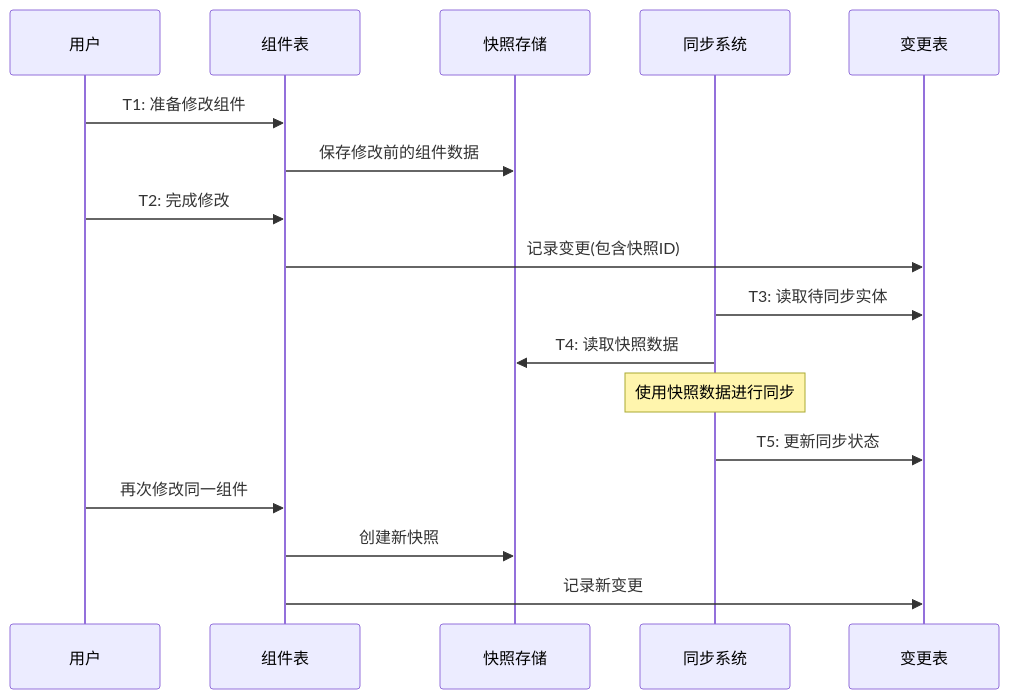
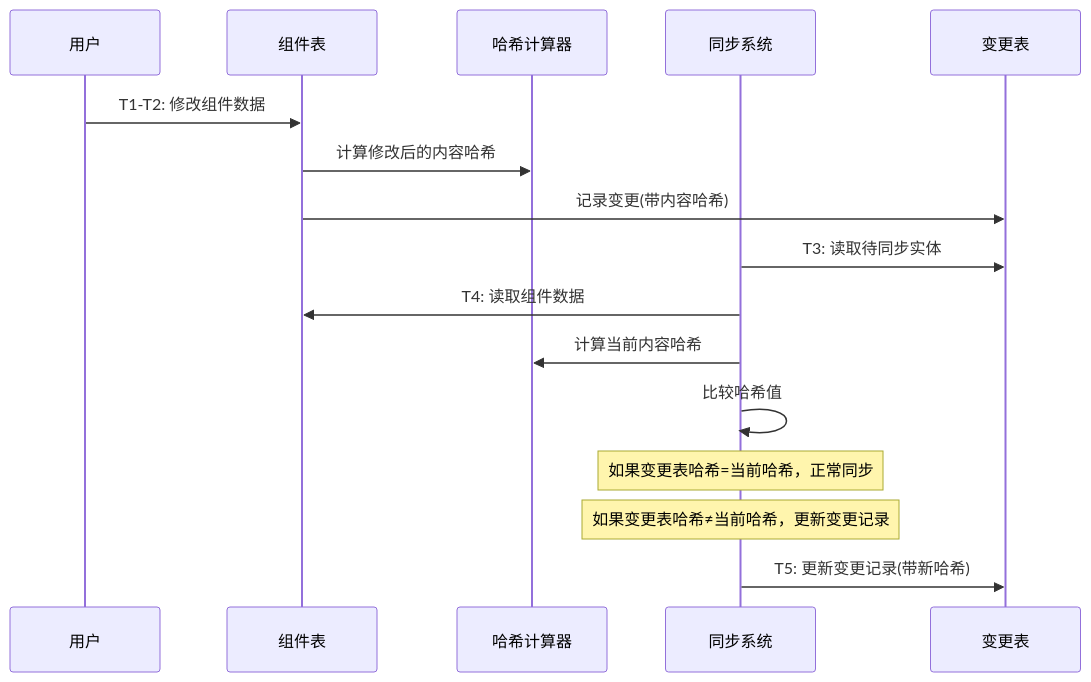
One commit to yingjianzh/iodraw-files changed the diagram in all/未命名-42.md. Above: the diagram before and after it, drawn with Mermaid.

Commit message:
2025-04-24 14:05:02 update

````diff
--- a/all/未命名-42.md
+++ b/all/未命名-42.md
@@ -1,22 +1,22 @@
 ```mermaid
 sequenceDiagram
     participant 用户
     participant 组件表
-    participant 快照存储
+    participant 哈希计算器
     participant 同步系统
     participant 变更表
     
-    用户->>组件表: T1: 准备修改组件
-    组件表->>快照存储: 保存修改前的组件数据
-    用户->>组件表: T2: 完成修改
-    组件表->>变更表: 记录变更(包含快照ID)
+    用户->>组件表: T1-T2: 修改组件数据
+    组件表->>哈希计算器: 计算修改后的内容哈希
+    组件表->>变更表: 记录变更(带内容哈希)
     
     同步系统->>变更表: T3: 读取待同步实体
-    同步系统->>快照存储: T4: 读取快照数据
-    Note over 同步系统: 使用快照数据进行同步
-    同步系统->>变更表: T5: 更新同步状态
+    同步系统->>组件表: T4: 读取组件数据
+    同步系统->>哈希计算器: 计算当前内容哈希
     
-    用户->>组件表: 再次修改同一组件
-    组件表->>快照存储: 创建新快照
-    组件表->>变更表: 记录新变更
+    同步系统->>同步系统: 比较哈希值
+    Note over 同步系统: 如果变更表哈希=当前哈希，正常同步
+    Note over 同步系统: 如果变更表哈希≠当前哈希，更新变更记录
+    
+    同步系统->>变更表: T5: 更新变更记录(带新哈希)
 ```
````
